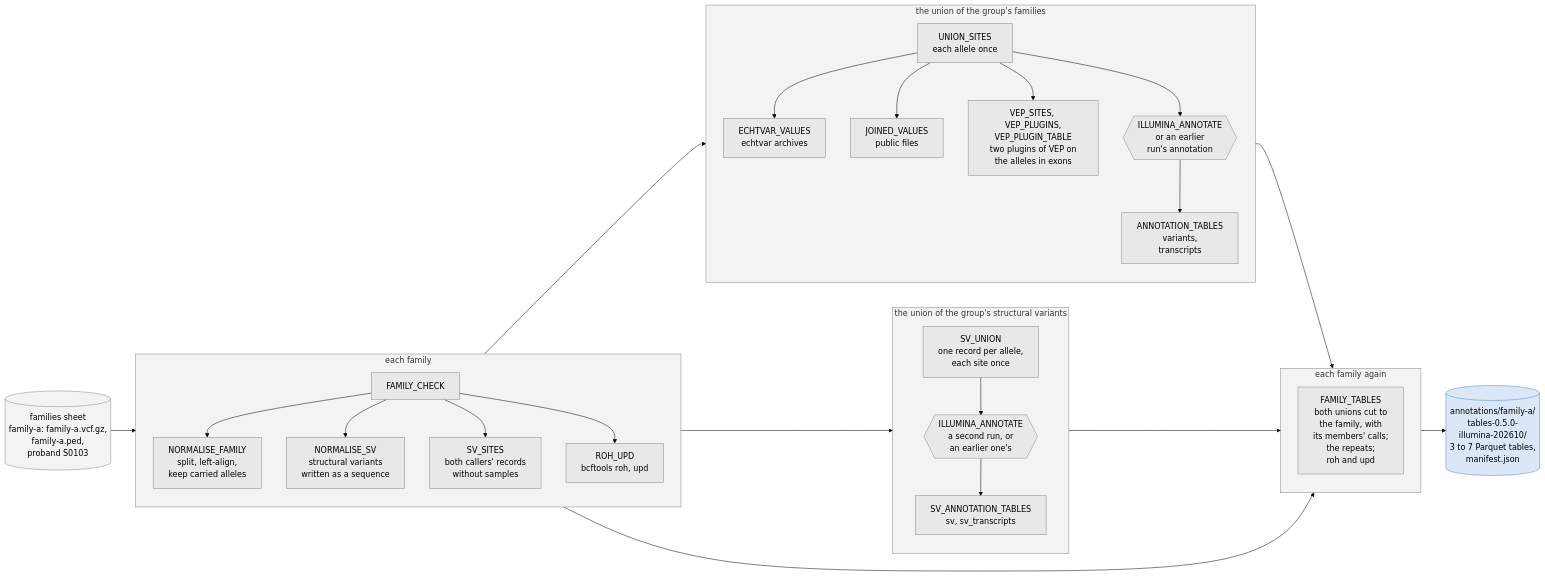
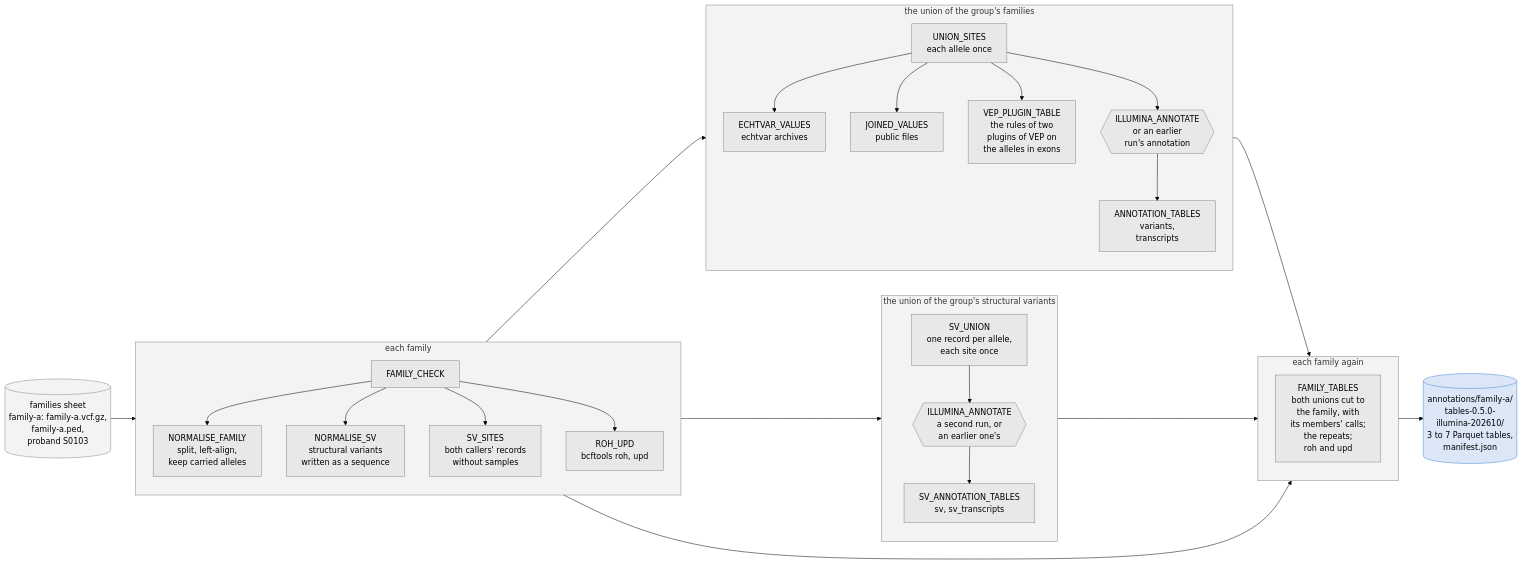
One commit to populationgenomics/case-annotation-pipeline changed the third of 3 diagrams in docs/annotation.md. Above: the diagram before and after it, drawn with Mermaid (forest theme). The commit also changed other lines of this file and 41 other files, not shown here.

````diff
--- a/docs/annotation.md
+++ b/docs/annotation.md
@@ -425,57 +425,57 @@
 ```mermaid
 flowchart LR
     IN[("families sheet<br/>family-a: family-a.vcf.gz,<br/>family-a.ped,<br/>proband S0103")]
 
     subgraph EACH["each family"]
         direction TB
         CHECK["FAMILY_CHECK"]
         NORMALISE["NORMALISE_FAMILY<br/>split, left-align,<br/>keep carried alleles"]
         SV["NORMALISE_SV<br/>structural variants<br/>written as a sequence"]
         SVSITES["SV_SITES<br/>both callers' records<br/>without samples"]
         ROHUPD["ROH_UPD<br/>bcftools roh, upd"]
         CHECK --> NORMALISE
         CHECK --> SV
         CHECK --> SVSITES
         CHECK --> ROHUPD
     end
 
     subgraph UNION["the union of the group's families"]
         direction TB
         SITES["UNION_SITES<br/>each allele once"]
         VALUES["ECHTVAR_VALUES<br/>echtvar archives"]
         JOINED["JOINED_VALUES<br/>public files"]
-        VEP["VEP_SITES, VEP_PLUGINS,<br/>VEP_PLUGIN_TABLE<br/>two plugins of VEP on<br/>the alleles in exons"]
+        VEP["VEP_PLUGIN_TABLE<br/>the rules of two<br/>plugins of VEP on<br/>the alleles in exons"]
         ANNOTATE{{"ILLUMINA_ANNOTATE<br/>or an earlier<br/>run's annotation"}}
         TABLES["ANNOTATION_TABLES<br/>variants,<br/>transcripts"]
         SITES --> VALUES
         SITES --> JOINED
         SITES --> VEP
         SITES --> ANNOTATE --> TABLES
     end
 
     subgraph SVUNION["the union of the group's structural variants"]
         direction TB
         SVU["SV_UNION<br/>one record per allele,<br/>each site once"]
         SVANNOTATE{{"ILLUMINA_ANNOTATE<br/>a second run, or<br/>an earlier one's"}}
         SVTABLES["SV_ANNOTATION_TABLES<br/>sv, sv_transcripts"]
         SVU --> SVANNOTATE --> SVTABLES
     end
 
     subgraph CUT["each family again"]
         direction TB
         FAMILY["FAMILY_TABLES<br/>both unions cut to<br/>the family, with<br/>its members' calls;<br/>the repeats;<br/>roh and upd"]
     end
 
     OUT[("annotations/family-a/<br/>tables-0.5.0-<br/>illumina-202610/<br/>3 to 7 Parquet tables,<br/>manifest.json")]
 
     IN --> EACH --> UNION --> CUT --> OUT
     EACH --> SVUNION --> CUT
     EACH --> CUT
 
     classDef default fill:#8888881a,stroke:#888888
     style EACH fill:#8888881a,stroke:#888888
     style UNION fill:#8888881a,stroke:#888888
     style SVUNION fill:#8888881a,stroke:#888888
     style CUT fill:#8888881a,stroke:#888888
     style OUT fill:#4a86d433,stroke:#4a86d4
 ```
````
